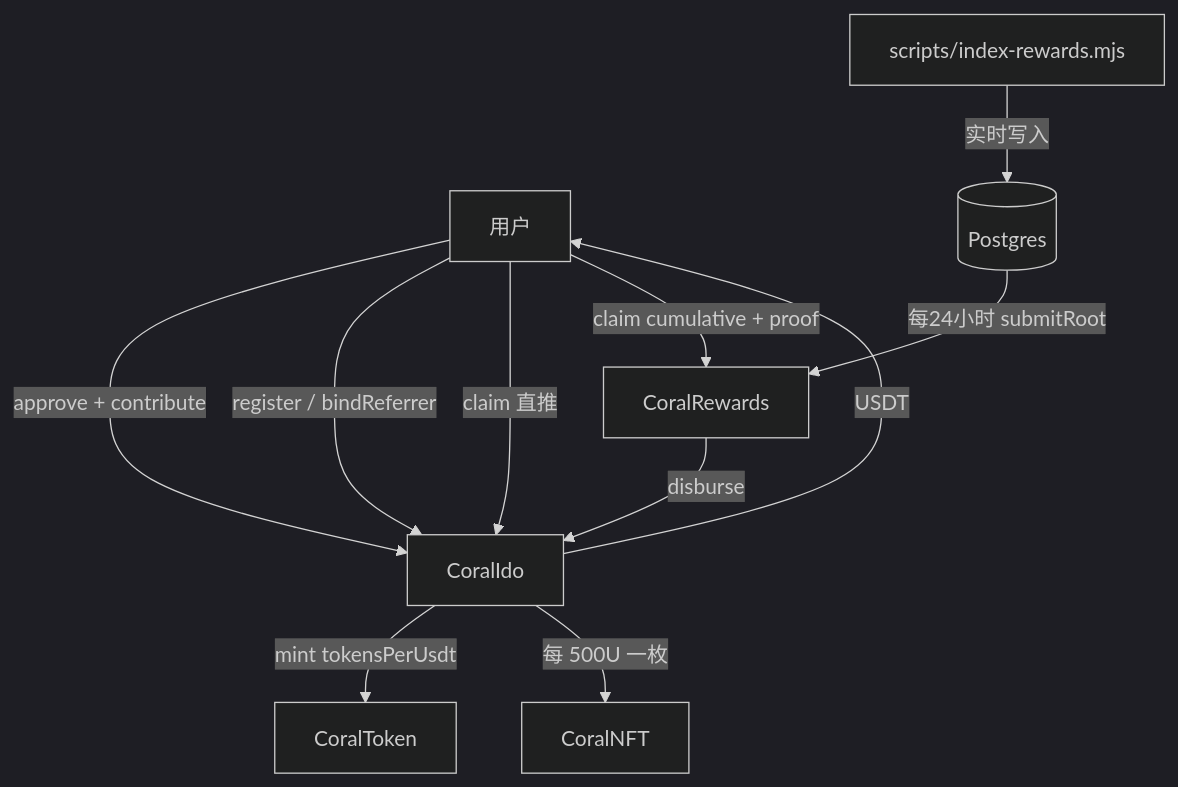
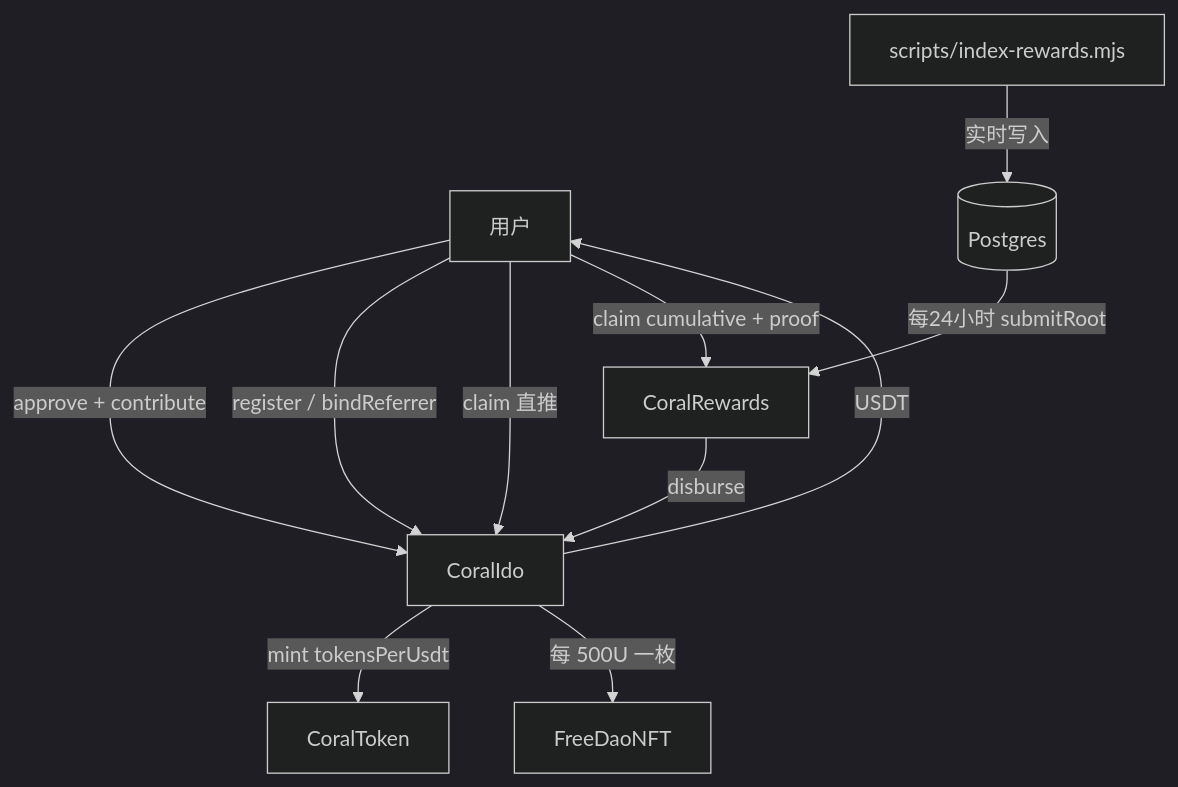
The diagram in ARCHITECTURE.md (jackoelv/coral), drawn with Mermaid (dark theme) before and after one commit. The commit also changed other lines of this file and 21 other files, not shown here.

First line of the commit message:
Rename the NFT and interest contracts to FreeDaoNFT and FreeDaoNFTInterest.

````diff
--- a/ARCHITECTURE.md
+++ b/ARCHITECTURE.md
@@ -13,13 +13,13 @@
 ```mermaid
 flowchart TB
   User[用户] -->|approve + contribute| Vault[CoralIdo]
   User -->|register / bindReferrer| Vault
   User -->|claim 直推| Vault
   Vault -->|mint tokensPerUsdt| Token[CoralToken]
-  Vault -->|每 500U 一枚| NFT[CoralNFT]
+  Vault -->|每 500U 一枚| NFT[FreeDaoNFT]
   Calc[scripts/index-rewards.mjs] -->|实时写入| DB[(Postgres)]
   DB -->|每24小时 submitRoot| Rewards[CoralRewards]
   User -->|claim cumulative + proof| Rewards
   Rewards -->|disburse| Vault
   Vault -->|USDT| User
 ```
````
